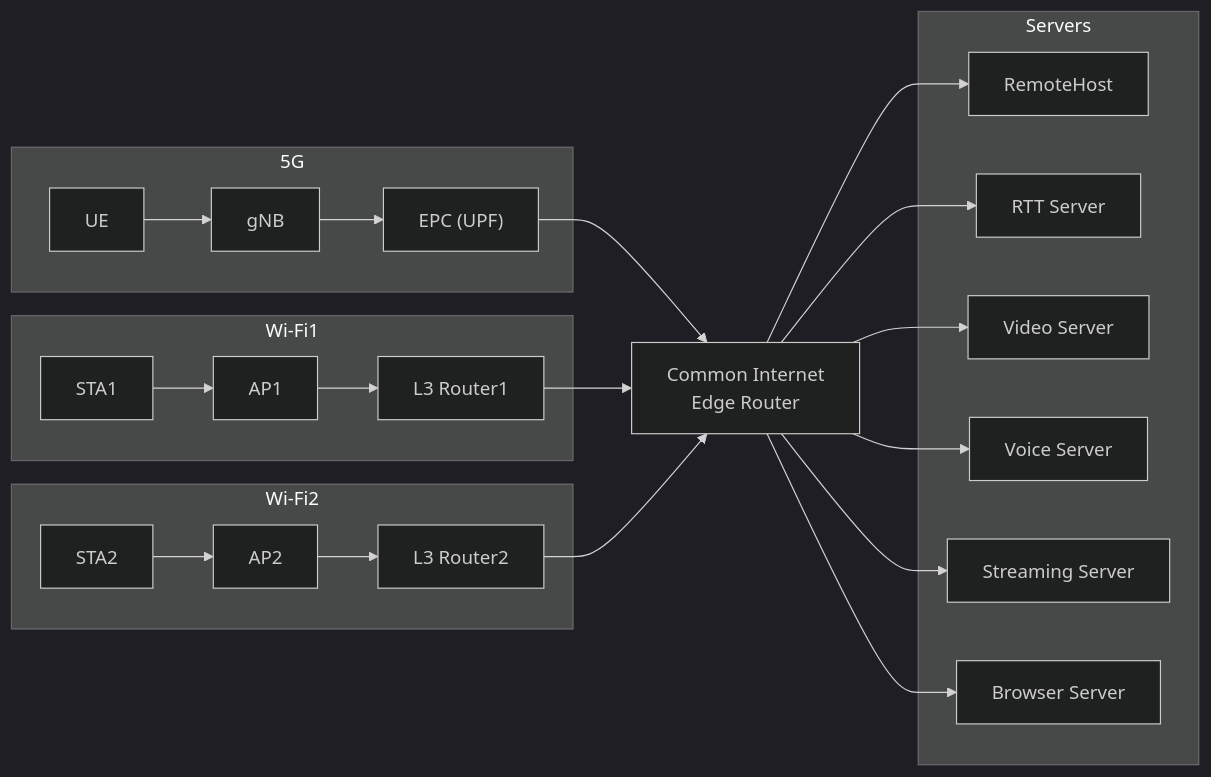
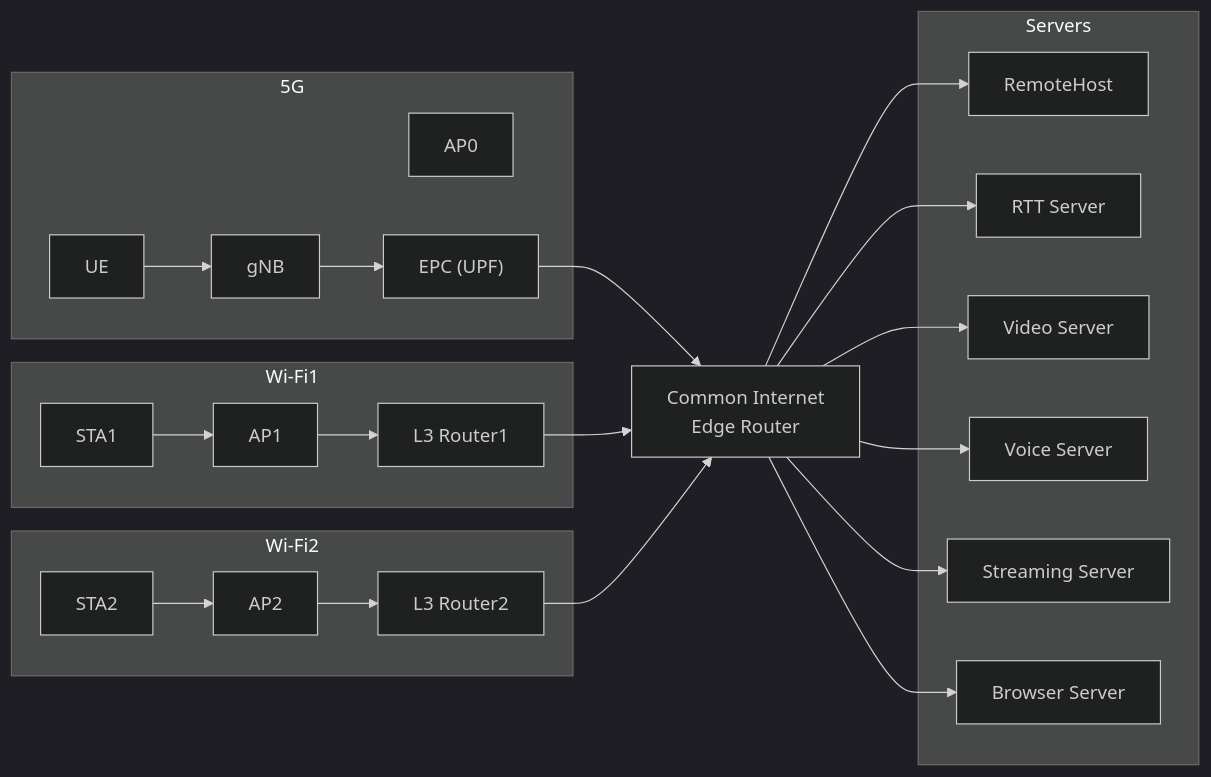
Before and after one commit to Sota-Okochi/ns-3.44: the diagram in README.md, drawn with Mermaid (dark theme). The commit also changed other lines of this file, not shown here.

Commit message:
Replace gNB with AP0 in README

````diff
--- a/README.md
+++ b/README.md
@@ -21,50 +21,50 @@
 ```mermaid
 flowchart LR
     %% --- Groups ---
     subgraph G5G["5G"]
         UE[UE]
-        gNB[gNB]
+        AP0[AP0]
         EPC["EPC (UPF)"]
         UE --> gNB
         gNB --> EPC
     end
 
     subgraph GWiFi1["Wi-Fi1"]
         STA1[STA1]
         AP1[AP1]
         L3R1["L3 Router1"]
         STA1 --> AP1
         AP1 --> L3R1
     end
 
     subgraph GWiFi2["Wi-Fi2"]
         STA2[STA2]
         AP2[AP2]
         L3R2["L3 Router2"]
         STA2 --> AP2
         AP2 --> L3R2
     end
 
     subgraph Servers["Servers"]
         RH[RemoteHost]
         RTT["RTT Server"]
         VID["Video Server"]
         VOI["Voice Server"]
         STR["Streaming Server"]
         BRW["Browser Server"]
     end
 
     %% --- Core Edge ---
     CER["Common Internet<br/>Edge Router"]
     EPC --> CER
     L3R1 --> CER
     L3R2 --> CER
 
     %% --- Fan-out to servers ---
     CER --> RH
     CER --> RTT
     CER --> VID
     CER --> VOI
     CER --> STR
     CER --> BRW
 ```
````
